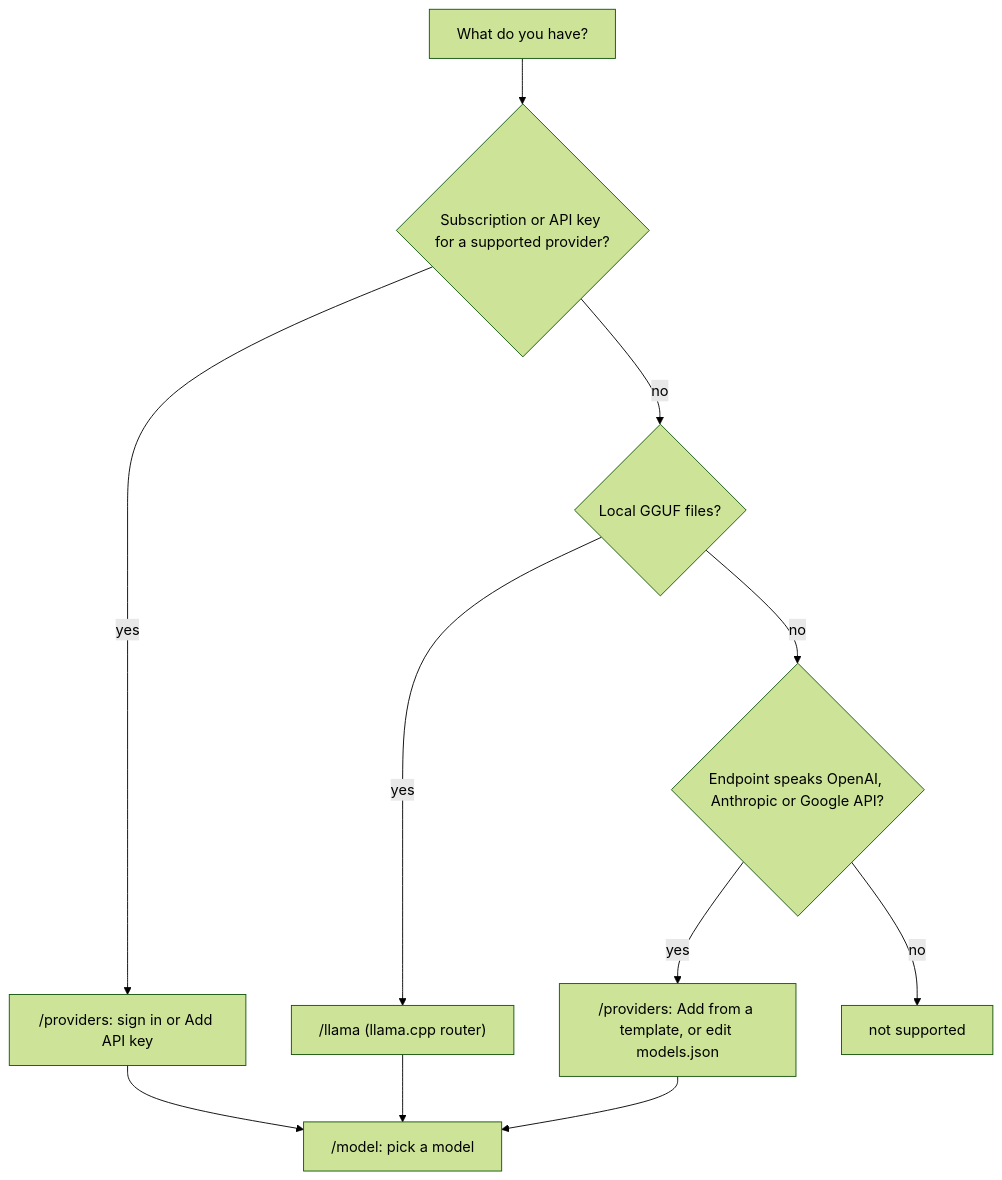
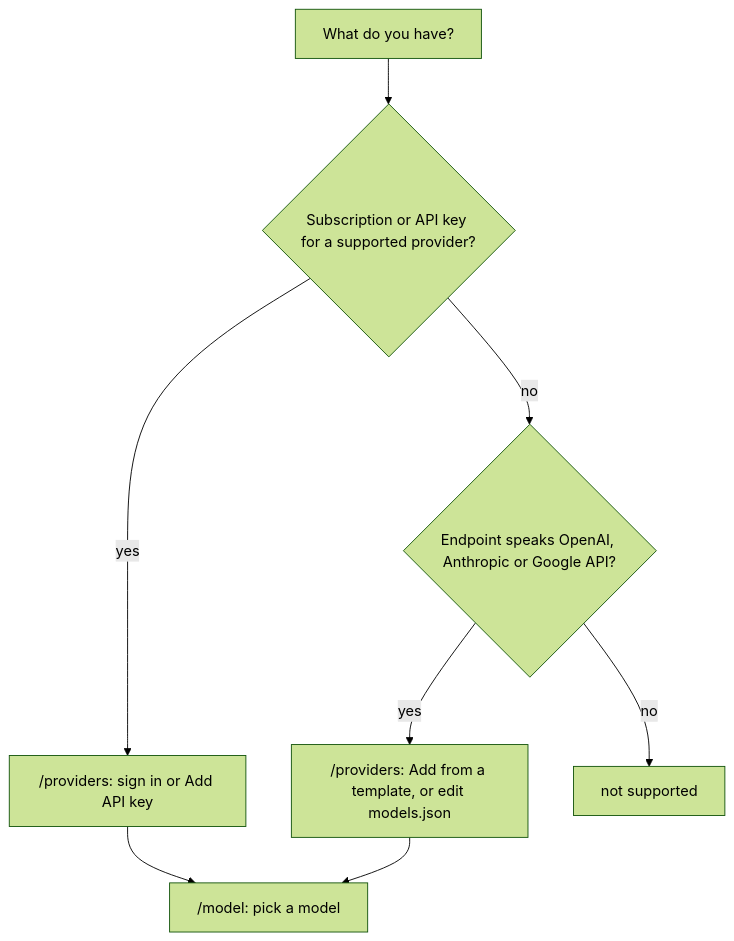
The first of 2 diagrams in packages/coding-agent/docs/models.md (bgauryy/octocode-coding-agent), drawn with Mermaid (forest theme) before and after one commit. The commit also changed other lines of this file and 2785 other files, not shown here.

````diff
--- a/packages/coding-agent/docs/models.md
+++ b/packages/coding-agent/docs/models.md
@@ -5,13 +5,10 @@
 ```mermaid
 flowchart TD
     A[What do you have?] --> B{Subscription or API key for a supported provider?}
     B -- yes --> C["/providers: sign in or Add API key"]
-    B -- no --> D{Local GGUF files?}
-    D -- yes --> E["/llama (llama.cpp router)"]
-    D -- no --> F{Endpoint speaks OpenAI, Anthropic or Google API?}
+    B -- no --> F{Endpoint speaks OpenAI, Anthropic or Google API?}
     F -- yes --> G["/providers: Add from a template, or edit models.json"]
     F -- no --> H[not supported]
     C --> M["/model: pick a model"]
-    E --> M
     G --> M
 ```
````
